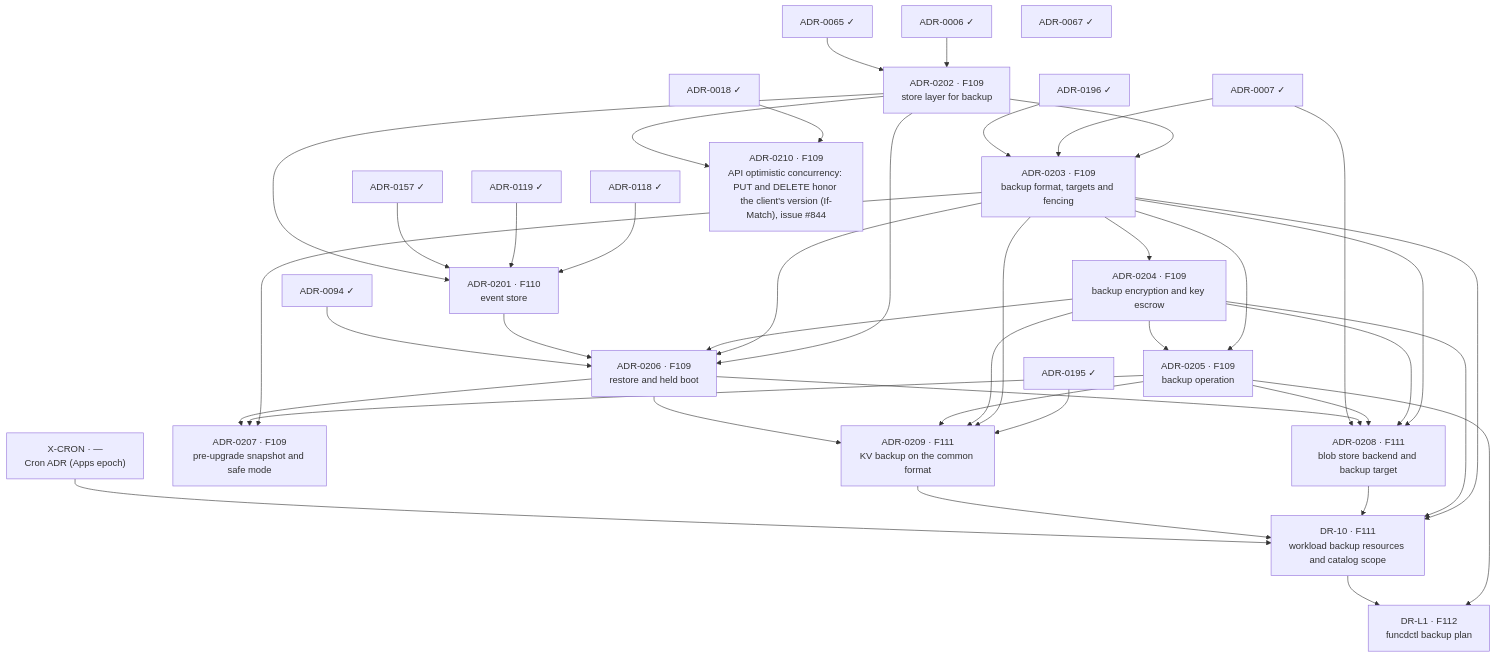
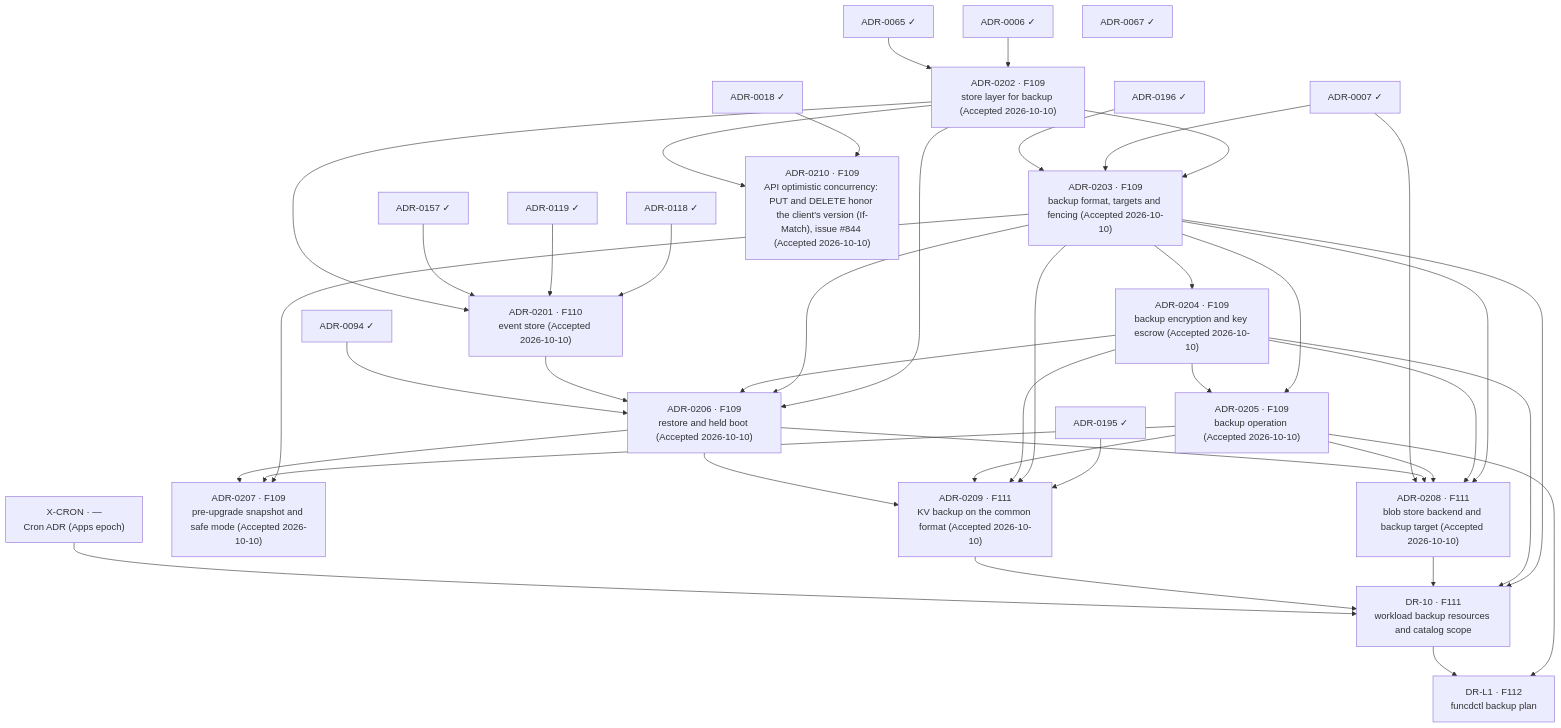
Before and after one commit to pyvvo/funcd: the diagram in docs/roadmap/dr-delivery-plan.md, drawn with Mermaid. The commit also changed other lines of this file and 25 other files, not shown here.

````diff
--- a/docs/roadmap/dr-delivery-plan.md
+++ b/docs/roadmap/dr-delivery-plan.md
@@ -74,67 +74,67 @@
 ```mermaid
 flowchart TB
     ADR_0006["ADR-0006 ✓"]
     ADR_0007["ADR-0007 ✓"]
     ADR_0018["ADR-0018 ✓"]
     ADR_0065["ADR-0065 ✓"]
     ADR_0067["ADR-0067 ✓"]
     ADR_0094["ADR-0094 ✓"]
     ADR_0118["ADR-0118 ✓"]
     ADR_0119["ADR-0119 ✓"]
     ADR_0157["ADR-0157 ✓"]
     ADR_0195["ADR-0195 ✓"]
     ADR_0196["ADR-0196 ✓"]
     X_CRON["X-CRON · —<br/>Cron ADR (Apps epoch)"]
-    ADR_0202["ADR-0202 · F109<br/>store layer for backup"]
-    ADR_0201["ADR-0201 · F110<br/>event store"]
-    ADR_0203["ADR-0203 · F109<br/>backup format, targets and fencing"]
-    ADR_0204["ADR-0204 · F109<br/>backup encryption and key escrow"]
-    ADR_0205["ADR-0205 · F109<br/>backup operation"]
-    ADR_0206["ADR-0206 · F109<br/>restore and held boot"]
-    ADR_0207["ADR-0207 · F109<br/>pre-upgrade snapshot and safe mode"]
-    ADR_0208["ADR-0208 · F111<br/>blob store backend and backup target"]
-    ADR_0209["ADR-0209 · F111<br/>KV backup on the common format"]
+    ADR_0202["ADR-0202 · F109<br/>store layer for backup (Accepted 2026-10-10)"]
+    ADR_0201["ADR-0201 · F110<br/>event store (Accepted 2026-10-10)"]
+    ADR_0203["ADR-0203 · F109<br/>backup format, targets and fencing (Accepted 2026-10-10)"]
+    ADR_0204["ADR-0204 · F109<br/>backup encryption and key escrow (Accepted 2026-10-10)"]
+    ADR_0205["ADR-0205 · F109<br/>backup operation (Accepted 2026-10-10)"]
+    ADR_0206["ADR-0206 · F109<br/>restore and held boot (Accepted 2026-10-10)"]
+    ADR_0207["ADR-0207 · F109<br/>pre-upgrade snapshot and safe mode (Accepted 2026-10-10)"]
+    ADR_0208["ADR-0208 · F111<br/>blob store backend and backup target (Accepted 2026-10-10)"]
+    ADR_0209["ADR-0209 · F111<br/>KV backup on the common format (Accepted 2026-10-10)"]
     DR_10["DR-10 · F111<br/>workload backup resources and catalog scope"]
-    ADR_0210["ADR-0210 · F109<br/>API optimistic concurrency: PUT and DELETE honor the client's version (If-Match), issue #844"]
+    ADR_0210["ADR-0210 · F109<br/>API optimistic concurrency: PUT and DELETE honor the client's version (If-Match), issue #844 (Accepted 2026-10-10)"]
     DR_L1["DR-L1 · F112<br/>funcdctl backup plan"]
 
     ADR_0006 --> ADR_0202
     ADR_0065 --> ADR_0202
     ADR_0118 --> ADR_0201
     ADR_0119 --> ADR_0201
     ADR_0157 --> ADR_0201
     ADR_0202 --> ADR_0201
     ADR_0202 --> ADR_0203
     ADR_0007 --> ADR_0203
     ADR_0196 --> ADR_0203
     ADR_0203 --> ADR_0204
     ADR_0203 --> ADR_0205
     ADR_0204 --> ADR_0205
     ADR_0202 --> ADR_0206
     ADR_0203 --> ADR_0206
     ADR_0204 --> ADR_0206
     ADR_0201 --> ADR_0206
     ADR_0094 --> ADR_0206
     ADR_0203 --> ADR_0207
     ADR_0205 --> ADR_0207
     ADR_0206 --> ADR_0207
     ADR_0203 --> ADR_0208
     ADR_0204 --> ADR_0208
     ADR_0205 --> ADR_0208
     ADR_0206 --> ADR_0208
     ADR_0007 --> ADR_0208
     ADR_0195 --> ADR_0209
     ADR_0203 --> ADR_0209
     ADR_0204 --> ADR_0209
     ADR_0205 --> ADR_0209
     ADR_0206 --> ADR_0209
     ADR_0203 --> DR_10
     ADR_0204 --> DR_10
     ADR_0208 --> DR_10
     ADR_0209 --> DR_10
     X_CRON --> DR_10
     ADR_0018 --> ADR_0210
     ADR_0202 --> ADR_0210
     ADR_0205 --> DR_L1
     DR_10 --> DR_L1
 ```
````
